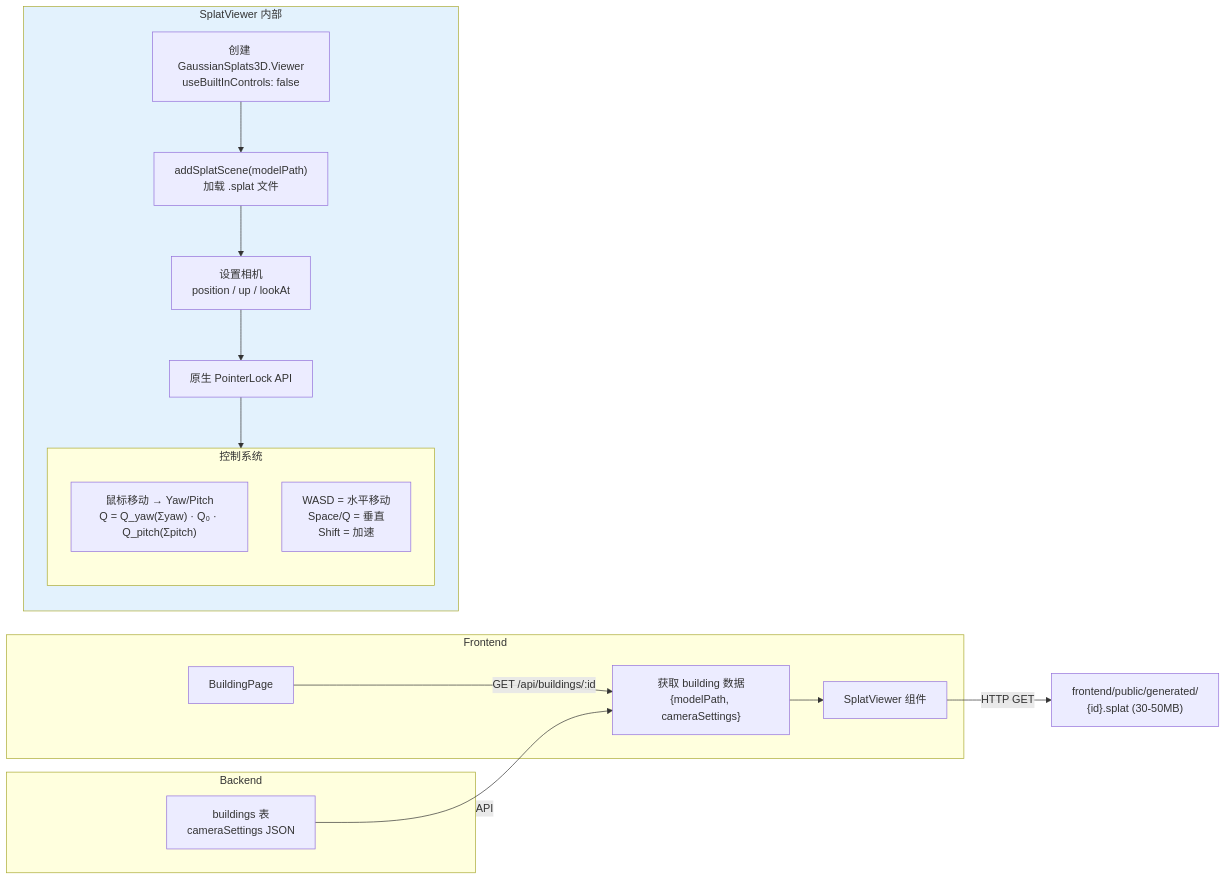
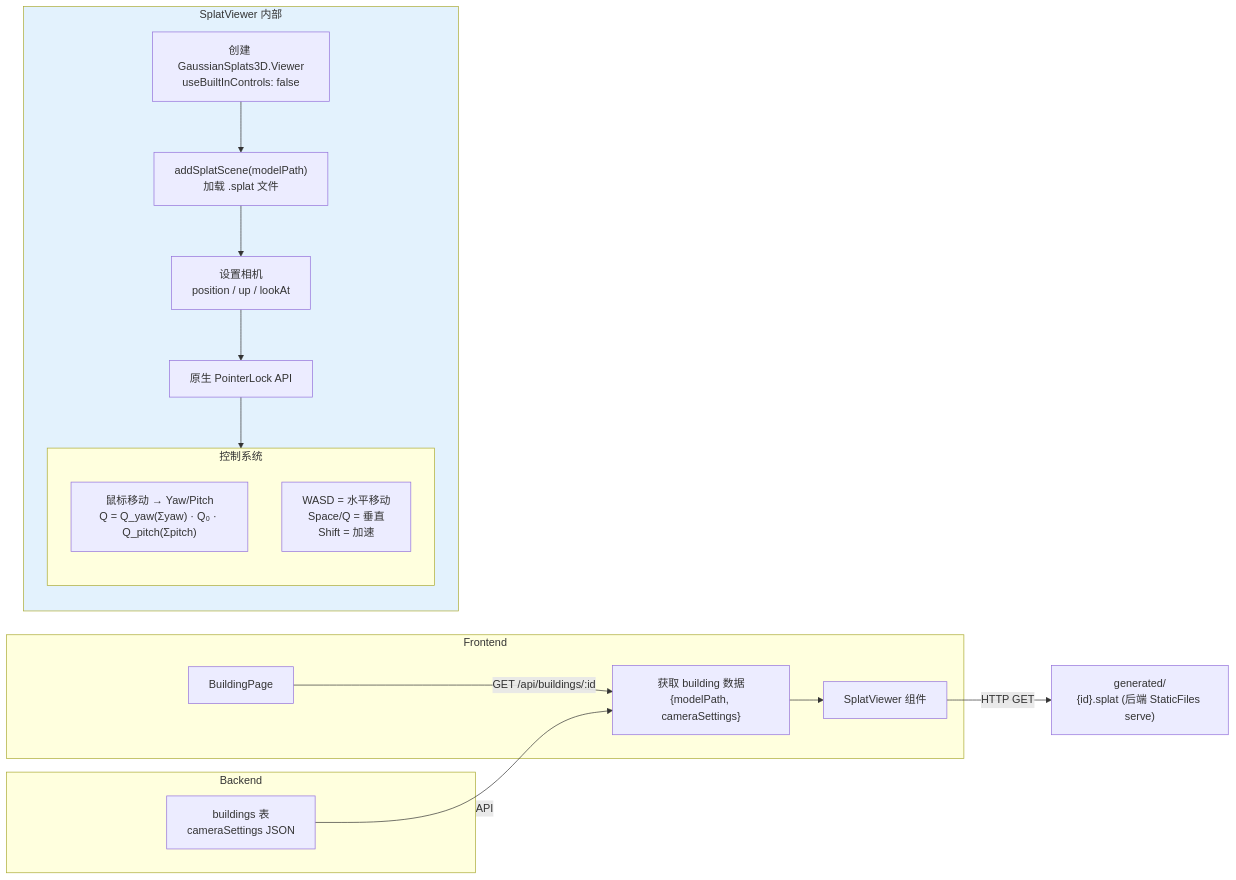
One commit to houyangzhao/competition_computer_design changed the sixth of 8 diagrams in docs/architecture.md. Above: the diagram before and after it, drawn with Mermaid. The commit also changed other lines of this file and 3 other files, not shown here.

````diff
--- a/docs/architecture.md
+++ b/docs/architecture.md
@@ -253,33 +253,33 @@
 ```mermaid
 flowchart LR
     subgraph Backend
         DB["buildings 表<br/>cameraSettings JSON"]
     end
 
     subgraph Frontend
         Page["BuildingPage"]
         -->|"GET /api/buildings/:id"| Fetch["获取 building 数据<br/>{modelPath, cameraSettings}"]
         --> SV["SplatViewer 组件"]
     end
 
     subgraph SplatViewer["SplatViewer 内部"]
         direction TB
         Init["创建 GaussianSplats3D.Viewer<br/>useBuiltInControls: false"]
         --> Load["addSplatScene(modelPath)<br/>加载 .splat 文件"]
         --> Camera["设置相机<br/>position / up / lookAt"]
         --> Lock["原生 PointerLock API"]
         --> Controls["第一人称控制"]
     end
 
     subgraph Controls["控制系统"]
         direction TB
         Mouse["鼠标移动 → Yaw/Pitch<br/>Q = Q_yaw(Σyaw) · Q₀ · Q_pitch(Σpitch)"]
         Keys["WASD = 水平移动<br/>Space/Q = 垂直<br/>Shift = 加速"]
     end
 
-    PublicDir["frontend/public/generated/<br/>{id}.splat (30-50MB)"]
+    PublicDir["generated/<br/>{id}.splat (后端 StaticFiles serve)"]
     SV -->|HTTP GET| PublicDir
     DB -->|API| Fetch
 
     style SplatViewer fill:#e3f2fd
 ```
````
